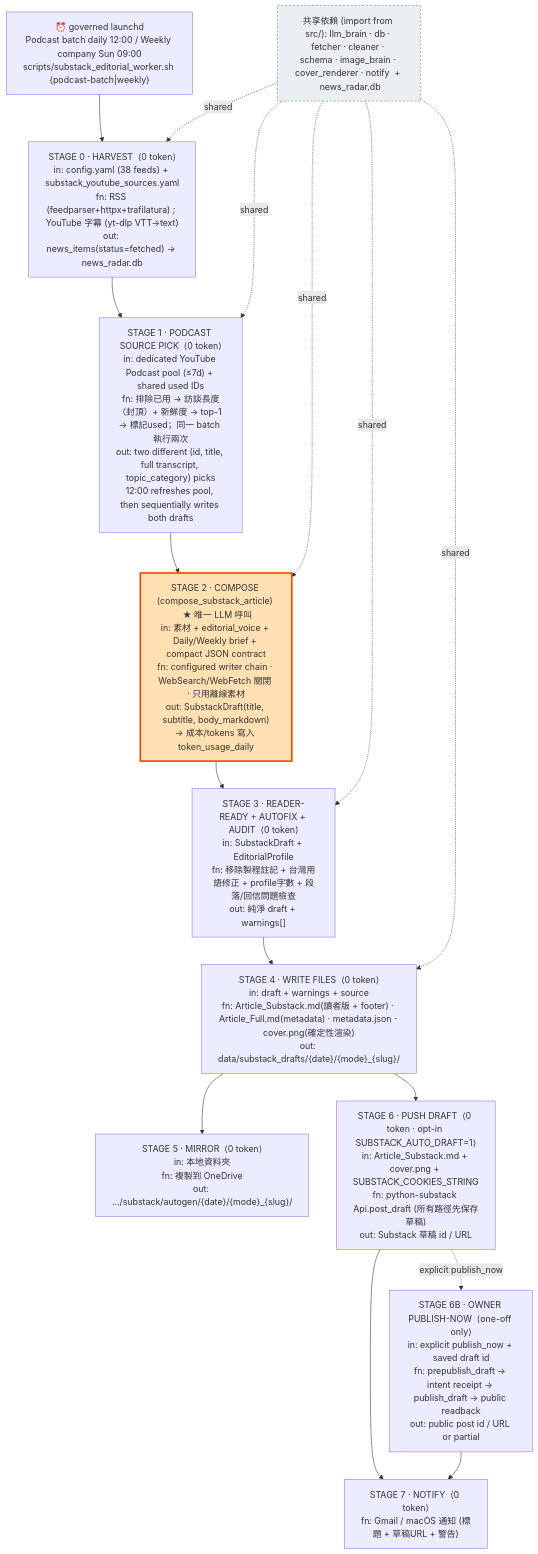
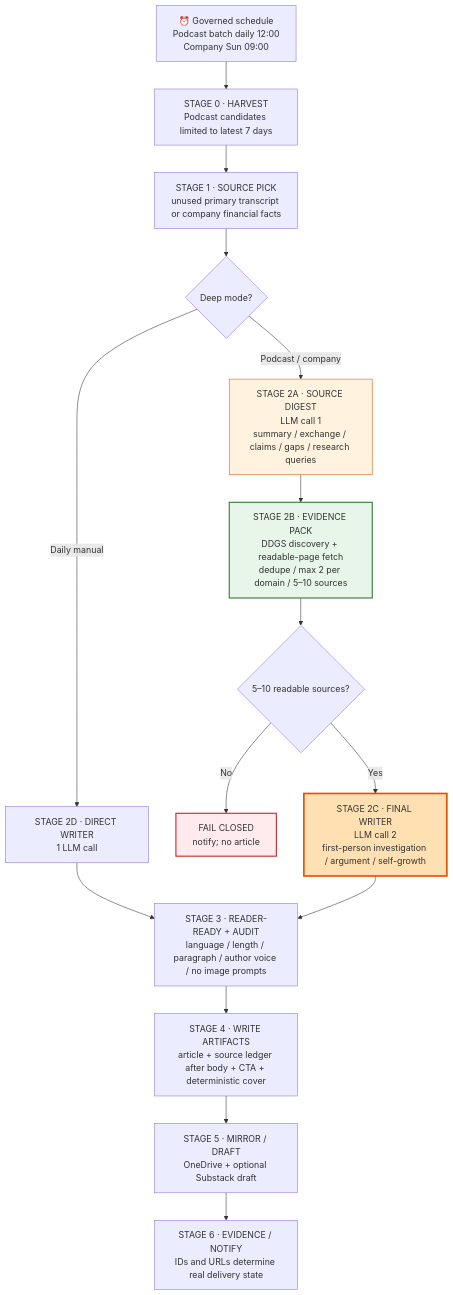
One commit to HsinTiger/news-radar changed the diagram in substack_radar/docs/PIPELINE_DIAGRAM.md. Above: the diagram before and after it, drawn with Mermaid. The commit also changed other lines of this file and 22 other files, not shown here.

Commit message:
refactor(substack): add evidence-led research writer

````diff
--- a/substack_radar/docs/PIPELINE_DIAGRAM.md
+++ b/substack_radar/docs/PIPELINE_DIAGRAM.md
@@ -11,41 +11,24 @@
 ```mermaid
 flowchart TD
-    T["⏰ governed launchd<br/>Podcast batch daily 12:00 / Weekly company Sun 09:00<br/>scripts/substack_editorial_worker.sh {podcast-batch|weekly}"]
-    T --> S0
+    T["⏰ Governed schedule<br/>Podcast batch daily 12:00<br/>Company Sun 09:00"] --> S0
+    S0["STAGE 0 · HARVEST<br/>Podcast candidates limited to latest 7 days"] --> S1
+    S1["STAGE 1 · SOURCE PICK<br/>unused primary transcript or company financial facts"] --> K{Deep mode?}
 
-    S0["STAGE 0 · HARVEST  ⟨0 token⟩<br/>in: config.yaml (38 feeds) + substack_youtube_sources.yaml<br/>fn: RSS (feedparser+httpx+trafilatura) ; YouTube 字幕 (yt-dlp VTT→text)<br/>out: news_items(status=fetched) → news_radar.db"]
-    S0 --> S1
+    K -- "Daily manual" --> S2D["STAGE 2D · DIRECT WRITER<br/>1 LLM call"]
+    K -- "Podcast / company" --> S2A["STAGE 2A · SOURCE DIGEST<br/>LLM call 1<br/>summary / exchange / claims / gaps / research queries"]
+    S2A --> S2B["STAGE 2B · EVIDENCE PACK<br/>DDGS discovery + readable-page fetch<br/>dedupe / max 2 per domain / 5–10 sources"]
+    S2B --> G{"5–10 readable sources?"}
+    G -- "No" --> F["FAIL CLOSED<br/>notify; no article"]
+    G -- "Yes" --> S2C["STAGE 2C · FINAL WRITER<br/>LLM call 2<br/>first-person investigation / argument / self-growth"]
 
-    S1["STAGE 1 · PODCAST SOURCE PICK  ⟨0 token⟩<br/>in: dedicated YouTube Podcast pool (≤7d) + shared used IDs<br/>fn: 排除已用 → 訪談長度（封頂）+ 新鮮度 → top-1 → 標記used；同一 batch 執行兩次<br/>out: two different (id, title, full transcript, topic_category) picks<br/>12:00 refreshes pool, then sequentially writes both drafts"]
-    S1 --> S2
+    S2D --> S3
+    S2C --> S3["STAGE 3 · READER-READY + AUDIT<br/>language / length / paragraph / author voice / no image prompts"]
+    S3 --> S4["STAGE 4 · WRITE ARTIFACTS<br/>article + source ledger after body + CTA + deterministic cover"]
+    S4 --> S5["STAGE 5 · MIRROR / DRAFT<br/>OneDrive + optional Substack draft"]
+    S5 --> S6["STAGE 6 · EVIDENCE / NOTIFY<br/>IDs and URLs determine real delivery state"]
 
-    S2["STAGE 2 · COMPOSE (compose_substack_article)  ★ 唯一 LLM 呼叫<br/>in: 素材 + editorial_voice + Daily/Weekly brief + compact JSON contract<br/>fn: configured writer chain · WebSearch/WebFetch 關閉 · 只用離線素材<br/>out: SubstackDraft(title, subtitle, body_markdown)<br/>→ 成本/tokens 寫入 token_usage_daily"]
-    S2 --> S3
-
-    S3["STAGE 3 · READER-READY + AUTOFIX + AUDIT  ⟨0 token⟩<br/>in: SubstackDraft + EditorialProfile<br/>fn: 移除製程註記 + 台灣用語修正 + profile字數 + 段落/回信問題檢查<br/>out: 純淨 draft + warnings[]"]
-    S3 --> S4
-
-    S4["STAGE 4 · WRITE FILES  ⟨0 token⟩<br/>in: draft + warnings + source<br/>fn: Article_Substack.md(讀者版 + footer) · Article_Full.md(metadata) · metadata.json · cover.png(確定性渲染)<br/>out: data/substack_drafts/{date}/{mode}_{slug}/"]
-    S4 --> S5
-    S4 --> S6
-
-    S5["STAGE 5 · MIRROR  ⟨0 token⟩<br/>in: 本地資料夾<br/>fn: 複製到 OneDrive<br/>out: …/substack/autogen/{date}/{mode}_{slug}/"]
-
-    S6["STAGE 6 · PUSH DRAFT  ⟨0 token · opt-in SUBSTACK_AUTO_DRAFT=1⟩<br/>in: Article_Substack.md + cover.png + SUBSTACK_COOKIES_STRING<br/>fn: python-substack Api.post_draft (所有路徑先保存草稿)<br/>out: Substack 草稿 id / URL"]
-    S6B["STAGE 6B · OWNER PUBLISH-NOW  ⟨one-off only⟩<br/>in: explicit publish_now + saved draft id<br/>fn: prepublish_draft → intent receipt → publish_draft → public readback<br/>out: public post id / URL or partial"]
-    S6 --> S7
-    S6 -. explicit publish_now .-> S6B
-    S6B --> S7
-
-    S7["STAGE 7 · NOTIFY  ⟨0 token⟩<br/>fn: Gmail / macOS 通知 (標題 + 草稿URL + 警告)"]
-
-    SH["共享依賴 (import from src/): llm_brain · db · fetcher · cleaner · schema · image_brain · cover_renderer · notify  +  news_radar.db"]
-    SH -.shared.-> S0
-    SH -.shared.-> S1
-    SH -.shared.-> S2
-    SH -.shared.-> S3
-    SH -.shared.-> S4
-
-    style S2 fill:#ffe0b2,stroke:#e65100,stroke-width:3px
-    style SH fill:#eceff1,stroke:#607d8b,stroke-dasharray:4 3
+    style S2A fill:#fff3e0,stroke:#e65100
+    style S2C fill:#ffe0b2,stroke:#e65100,stroke-width:3px
+    style S2B fill:#e8f5e9,stroke:#2e7d32,stroke-width:2px
+    style F fill:#ffebee,stroke:#c62828,stroke-width:2px
 ```
````
